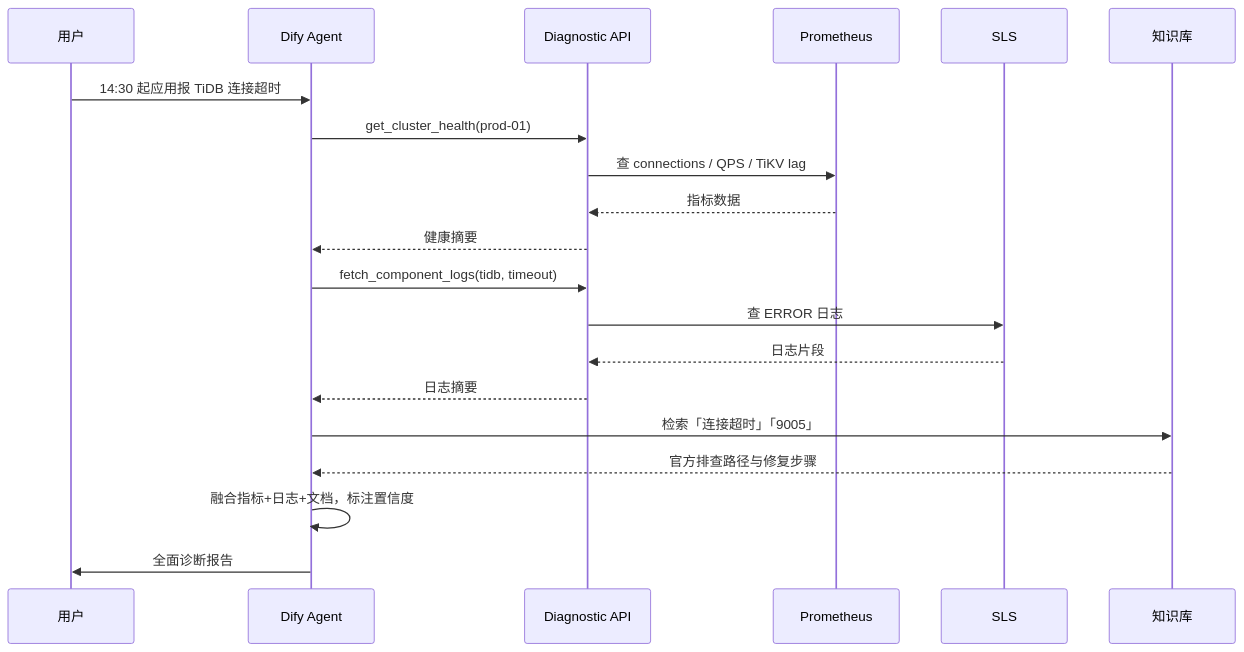
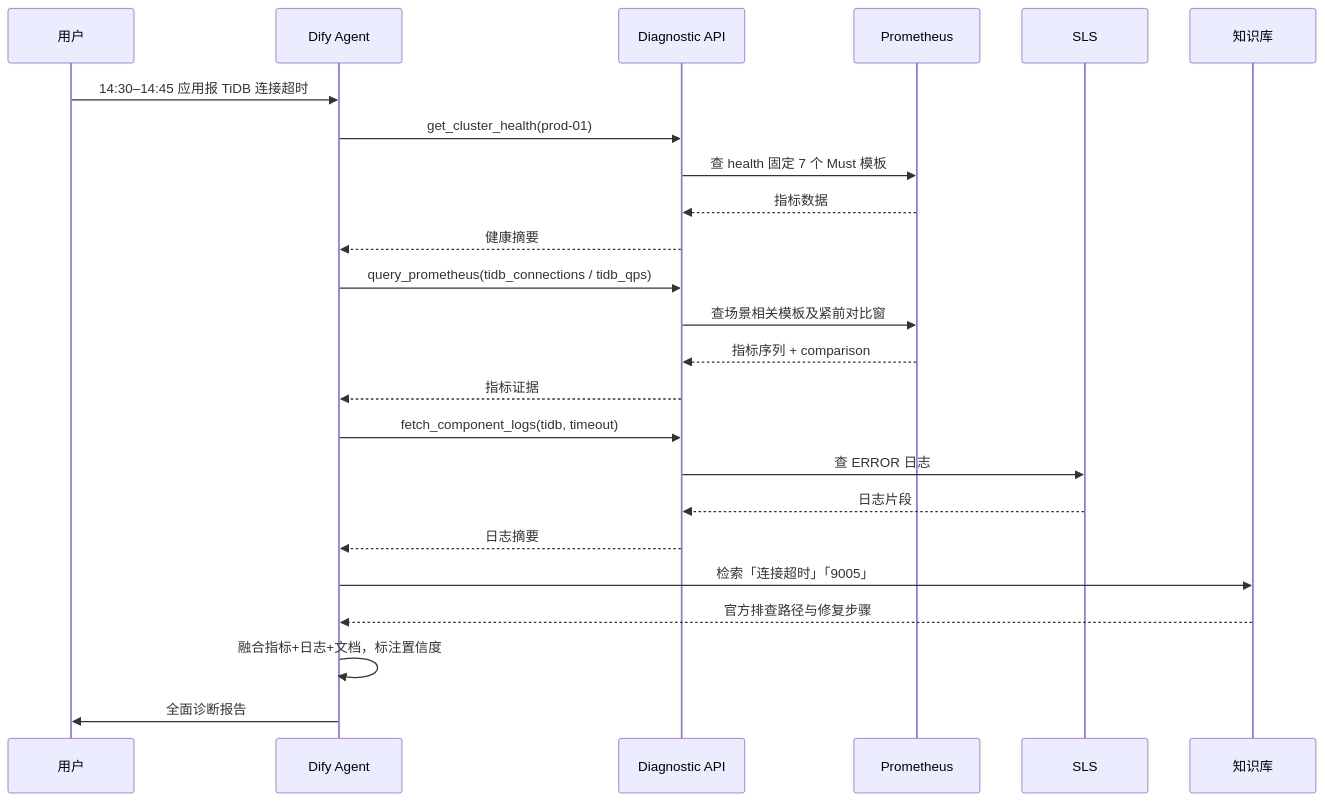
Before and after one commit to yangzhengjie/tidb-diag: the seventh of 10 diagrams in docs/tidb-diag-agent-technical-design.md, drawn with Mermaid. The commit also changed other lines of this file and 1 other file, not shown here.

````diff
--- a/docs/tidb-diag-agent-technical-design.md
+++ b/docs/tidb-diag-agent-technical-design.md
@@ -694,23 +846,27 @@
 ```mermaid
 sequenceDiagram
     participant U as 用户
     participant A as Dify Agent
     participant API as Diagnostic API
     participant P as Prometheus
     participant S as SLS
     participant KB as 知识库
 
-    U->>A: 14:30 起应用报 TiDB 连接超时
+    U->>A: 14:30–14:45 应用报 TiDB 连接超时
     A->>API: get_cluster_health(prod-01)
-    API->>P: 查 connections / QPS / TiKV lag
+    API->>P: 查 health 固定 7 个 Must 模板
     P-->>API: 指标数据
     API-->>A: 健康摘要
+    A->>API: query_prometheus(tidb_connections / tidb_qps)
+    API->>P: 查场景相关模板及紧前对比窗
+    P-->>API: 指标序列 + comparison
+    API-->>A: 指标证据
     A->>API: fetch_component_logs(tidb, timeout)
     API->>S: 查 ERROR 日志
     S-->>API: 日志片段
     API-->>A: 日志摘要
     A->>KB: 检索「连接超时」「9005」
     KB-->>A: 官方排查路径与修复步骤
     A->>A: 融合指标+日志+文档，标注置信度
     A->>U: 全面诊断报告
 ```
````
